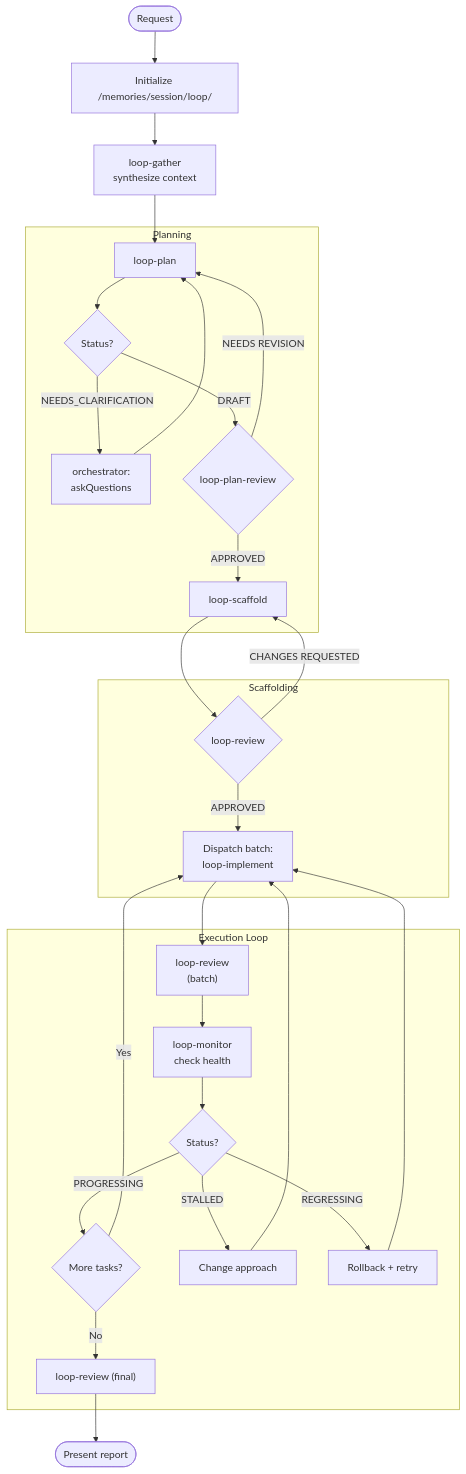
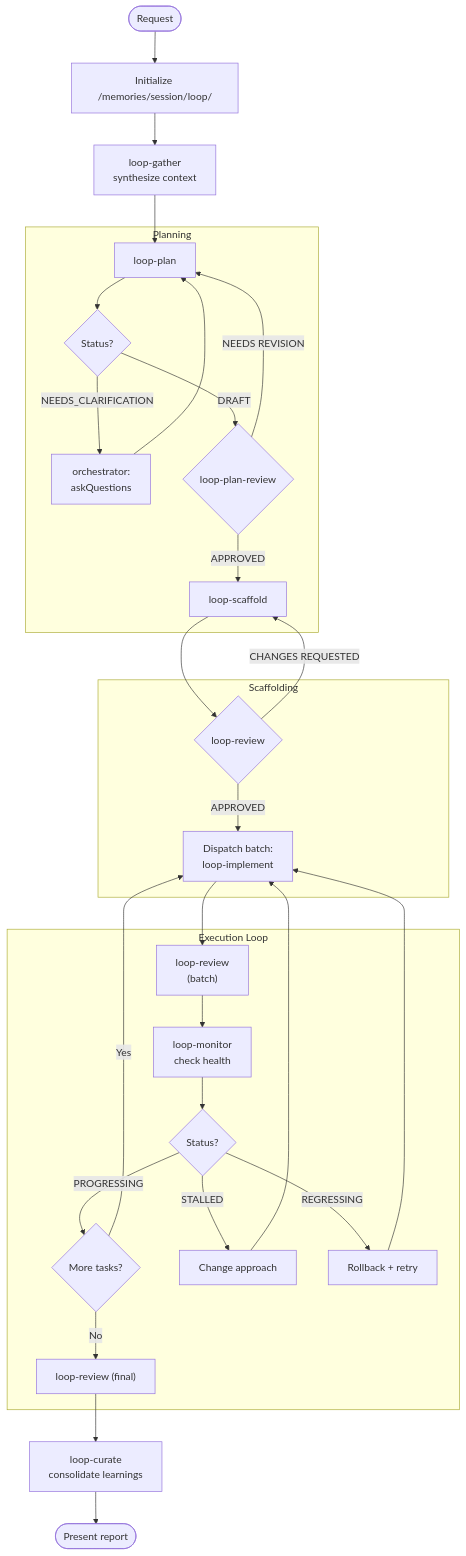
One commit to digitarald/loop-agent changed the diagram in loop.agent.md. Above: the diagram before and after it, drawn with Mermaid. The commit also changed other lines of this file and 13 other files, not shown here.

````diff
--- a/loop.agent.md
+++ b/loop.agent.md
@@ -67,36 +67,37 @@
 ```mermaid
 flowchart TD
     Start([Request]) --> Init
     Init["Initialize /memories/session/loop/"] --> Gather
     Gather["loop-gather<br/>synthesize context"] --> Plan
     
     subgraph Planning
         Plan["loop-plan"] --> PlanStatus{Status?}
         PlanStatus -->|NEEDS_CLARIFICATION| AskUser["orchestrator:<br/>askQuestions"]
         AskUser --> Plan
         PlanStatus -->|DRAFT| Review{"loop-plan-review"}
         Review -->|NEEDS REVISION| Plan
         Review -->|APPROVED| Scaffold
     end
     
     subgraph Scaffolding
         Scaffold["loop-scaffold"] --> ScaffoldReview{"loop-review"}
         ScaffoldReview -->|CHANGES REQUESTED| Scaffold
         ScaffoldReview -->|APPROVED| Execute
     end
     
     subgraph Execution ["Execution Loop"]
         Execute["Dispatch batch:<br/>loop-implement"] --> BatchReview
         BatchReview["loop-review<br/>(batch)"] --> Monitor
         Monitor["loop-monitor<br/>check health"] --> Status{Status?}
         Status -->|PROGRESSING| MoreTasks{More tasks?}
         Status -->|STALLED| Recover["Change approach"]
         Status -->|REGRESSING| Rollback["Rollback + retry"]
         Recover --> Execute
         Rollback --> Execute
         MoreTasks -->|Yes| Execute
         MoreTasks -->|No| Final
     end
     
-    Final["loop-review (final)"] --> Report([Present report])
+    Final["loop-review (final)"] --> Curate
+    Curate["loop-curate<br/>consolidate learnings"] --> Report([Present report])
 ```
````
